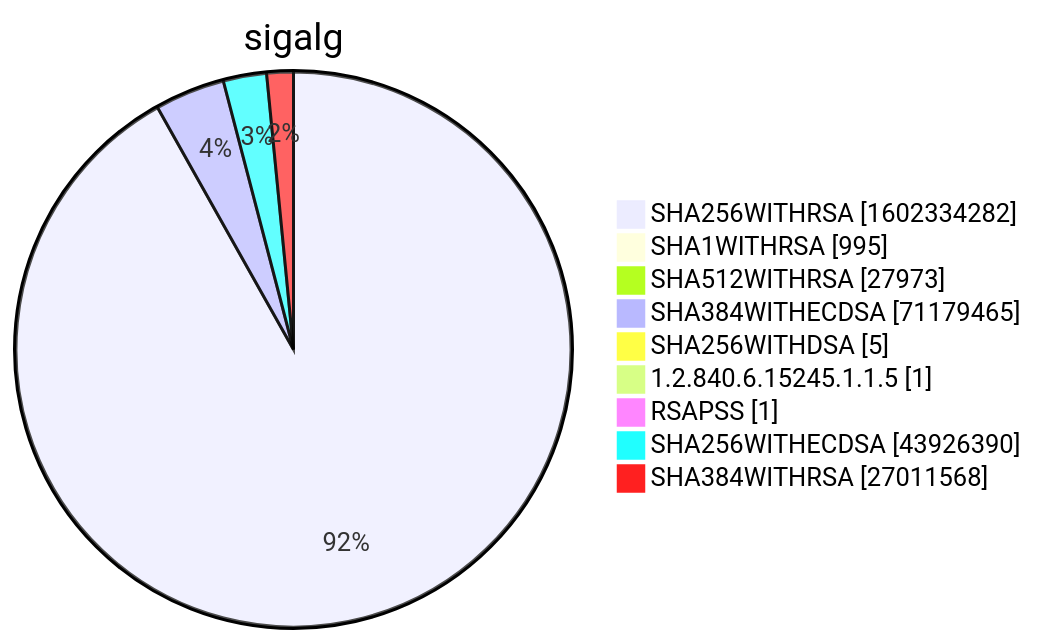
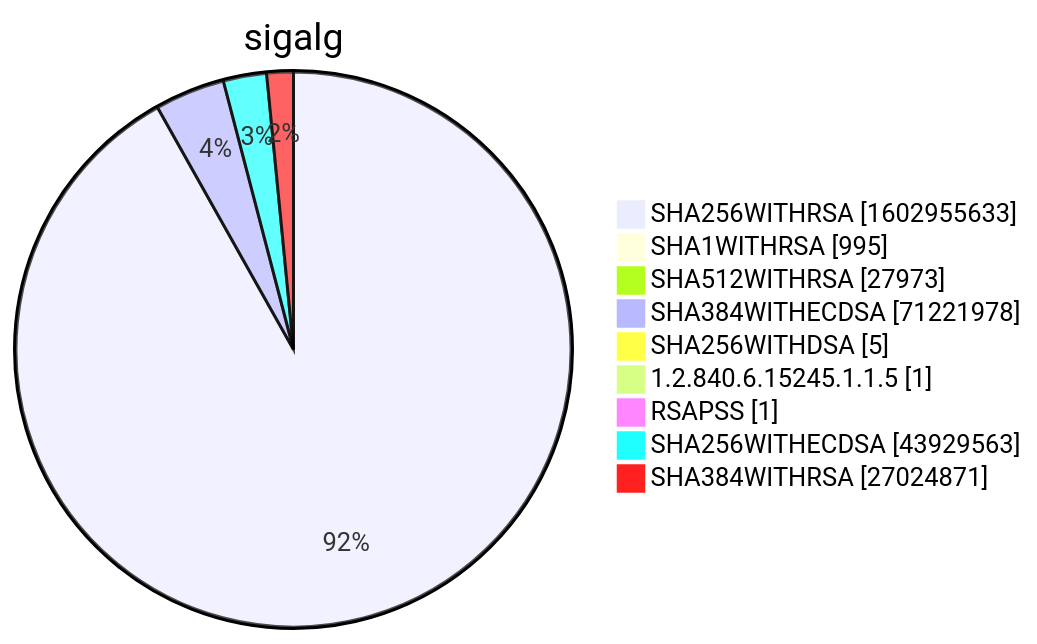
Before and after one commit to christiankrug/ctmonitor_visualization: diagram 15 of 15 in xenon2022/README.md, drawn with Mermaid. The commit also changed other lines of this file, not shown here.

````diff
--- a/xenon2022/README.md
+++ b/xenon2022/README.md
@@ -5871,13 +5871,13 @@
 ```mermaid
 pie showData
 title sigalg
-"SHA256WITHRSA" :1602334282
+"SHA256WITHRSA" :1602955633
 "SHA1WITHRSA" :995
 "SHA512WITHRSA" :27973
-"SHA384WITHECDSA" :71179465
+"SHA384WITHECDSA" :71221978
 "SHA256WITHDSA" :5
 "1.2.840.6.15245.1.1.5" :1
 "RSAPSS" :1
-"SHA256WITHECDSA" :43926390
-"SHA384WITHRSA" :27011568
+"SHA256WITHECDSA" :43929563
+"SHA384WITHRSA" :27024871
 ```
````
